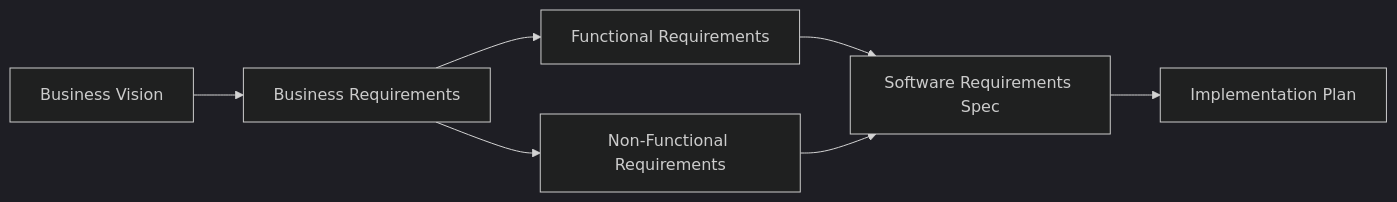
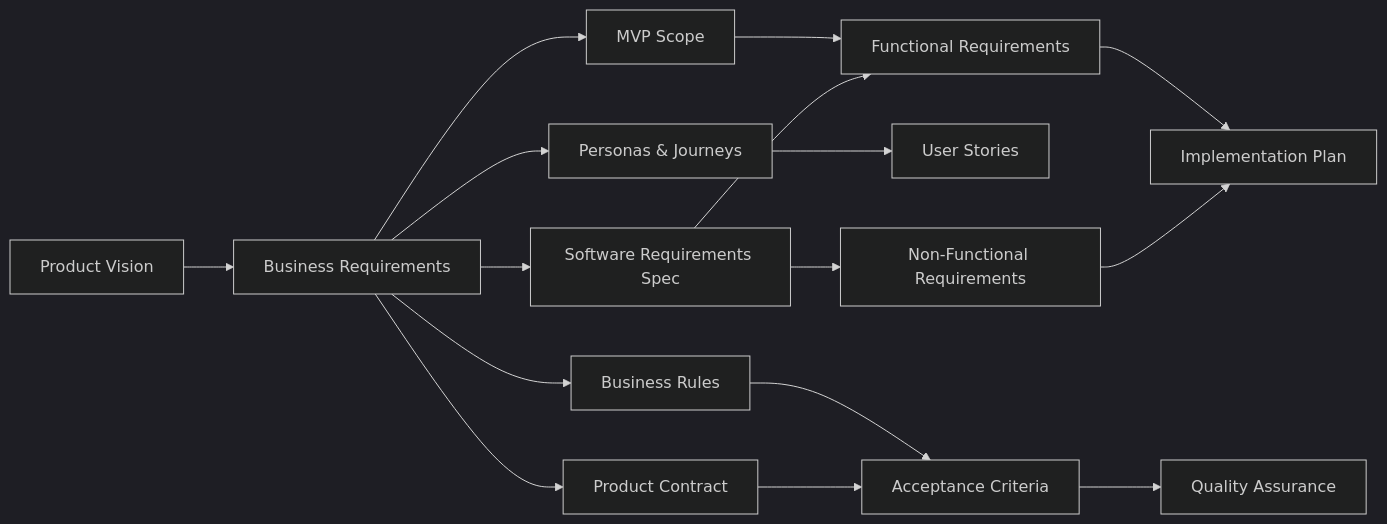
One commit to od3n/forecastiq changed the seventh of 7 diagrams in .qoder/repowiki/en/content/Business Requirements & Analysis.md. Above: the diagram before and after it, drawn with Mermaid (dark theme). The commit also changed other lines of this file and 3 other files, not shown here.

````diff
--- a/.qoder/repowiki/en/content/Business Requirements & Analysis.md
+++ b/.qoder/repowiki/en/content/Business Requirements & Analysis.md
@@ -264,9 +388,18 @@
 ```mermaid
 graph LR
-BV["Business Vision"] --> BR["Business Requirements"]
-BR --> FR["Functional Requirements"]
-BR --> NFR["Non-Functional Requirements"]
-FR --> SRS["Software Requirements Spec"]
-NFR --> SRS
-SRS --> IMPL["Implementation Plan"]
+PV["Product Vision"] --> BR["Business Requirements"]
+BR --> MVP["MVP Scope"]
+BR --> PERS["Personas & Journeys"]
+BR --> RULES["Business Rules"]
+BR --> CONTRACT["Product Contract"]
+MVP --> FR["Functional Requirements"]
+PERS --> US["User Stories"]
+RULES --> AC["Acceptance Criteria"]
+CONTRACT --> AC
+BR --> SRS["Software Requirements Spec"]
+SRS --> FR
+SRS --> NFR["Non-Functional Requirements"]
+FR --> IMPL["Implementation Plan"]
+NFR --> IMPL
+AC --> QA["Quality Assurance"]
 ```
````
